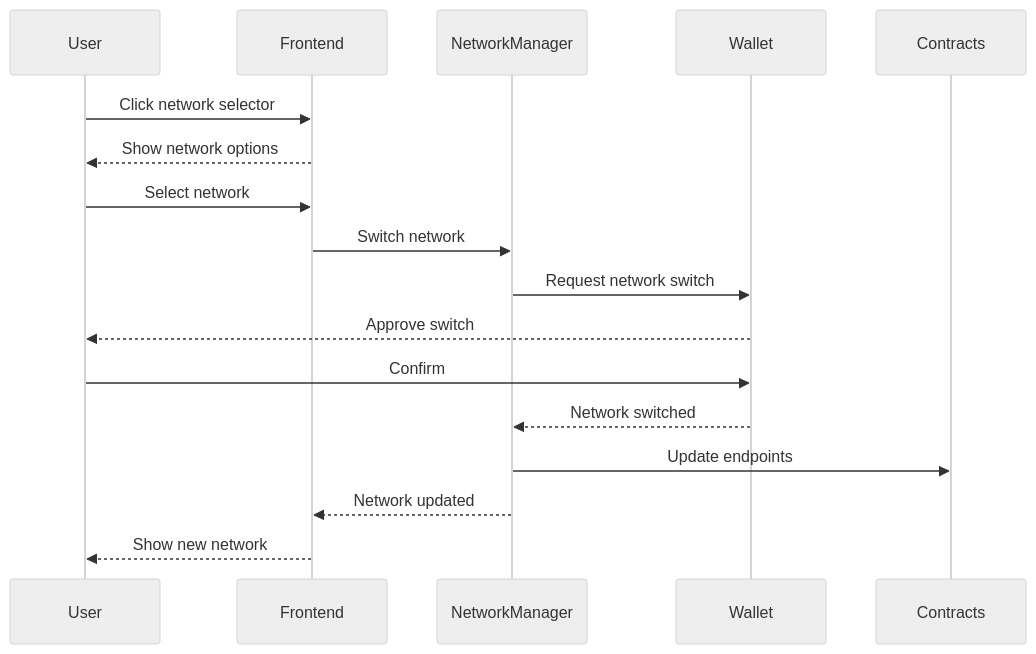
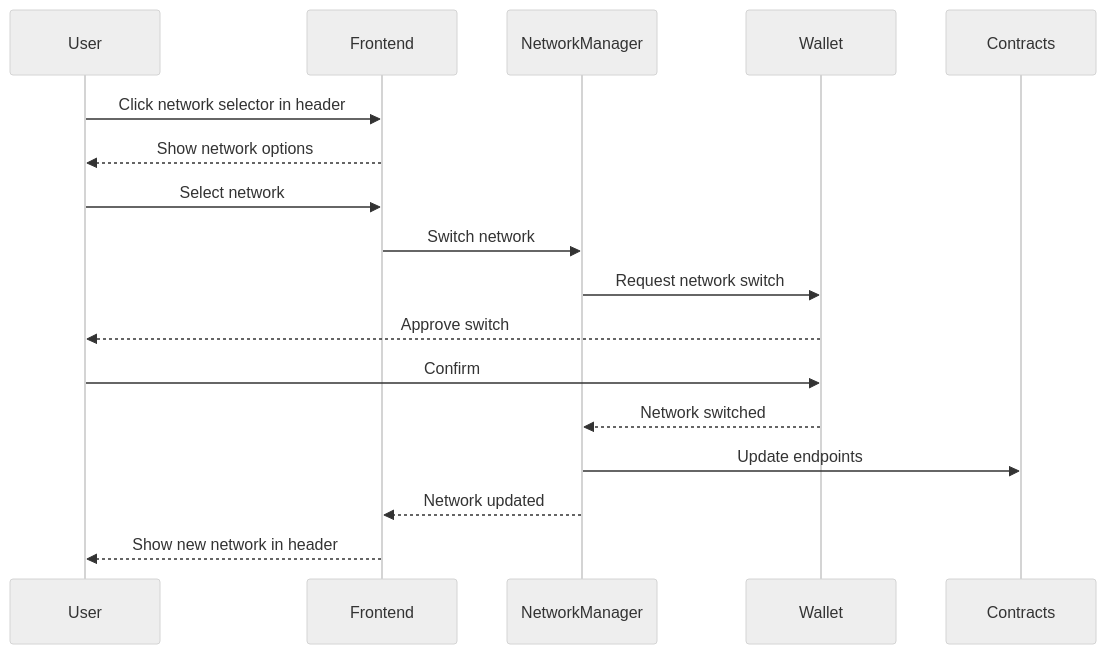
Before and after one commit to dydxprotocol/v4-web: diagram 15 of 15 in project-stories-breakdown-reorganized.md, drawn with Mermaid (neutral theme). The commit also changed other lines of this file, not shown here.

Commit message:
docs(arch): Update user stories for correctness and clarity

````diff
--- a/project-stories-breakdown-reorganized.md
+++ b/project-stories-breakdown-reorganized.md
@@ -2006,20 +1726,20 @@
 ```mermaid
 sequenceDiagram
     participant User
     participant Frontend
     participant NetworkManager
     participant Wallet
     participant Contracts
     
-    User->>Frontend: Click network selector
+    User->>Frontend: Click network selector in header
     Frontend-->>User: Show network options
     User->>Frontend: Select network
     Frontend->>NetworkManager: Switch network
     NetworkManager->>Wallet: Request network switch
     Wallet-->>User: Approve switch
     User->>Wallet: Confirm
     Wallet-->>NetworkManager: Network switched
     NetworkManager->>Contracts: Update endpoints
     NetworkManager-->>Frontend: Network updated
-    Frontend-->>User: Show new network
+    Frontend-->>User: Show new network in header
 ```
````
